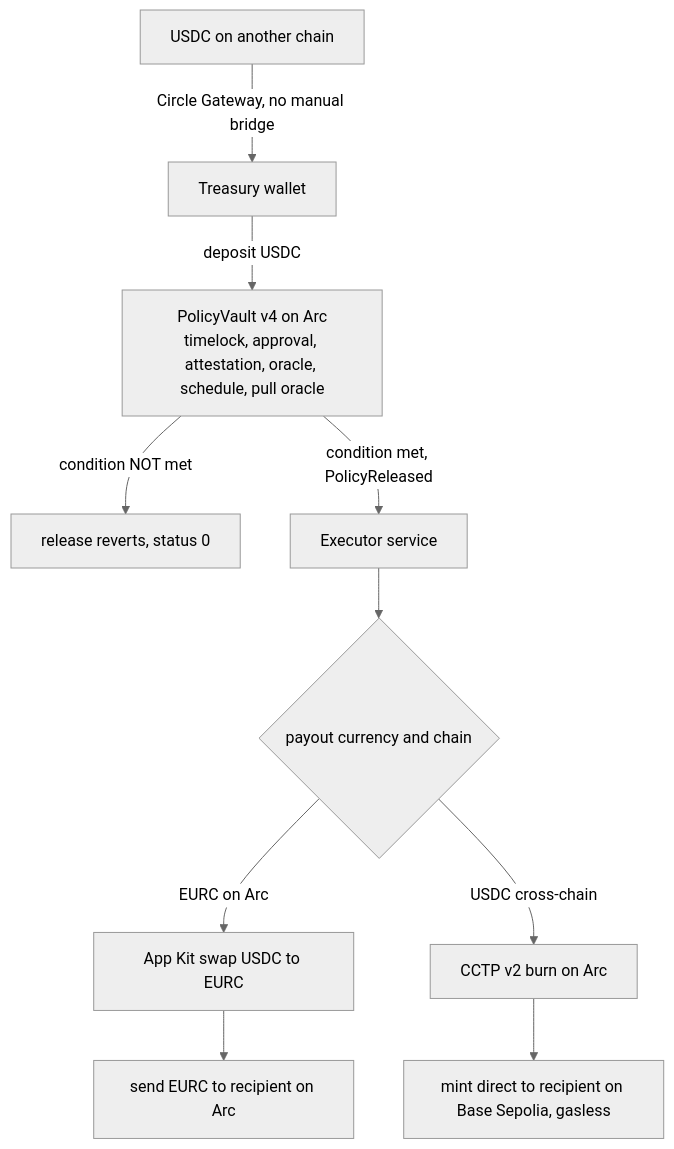
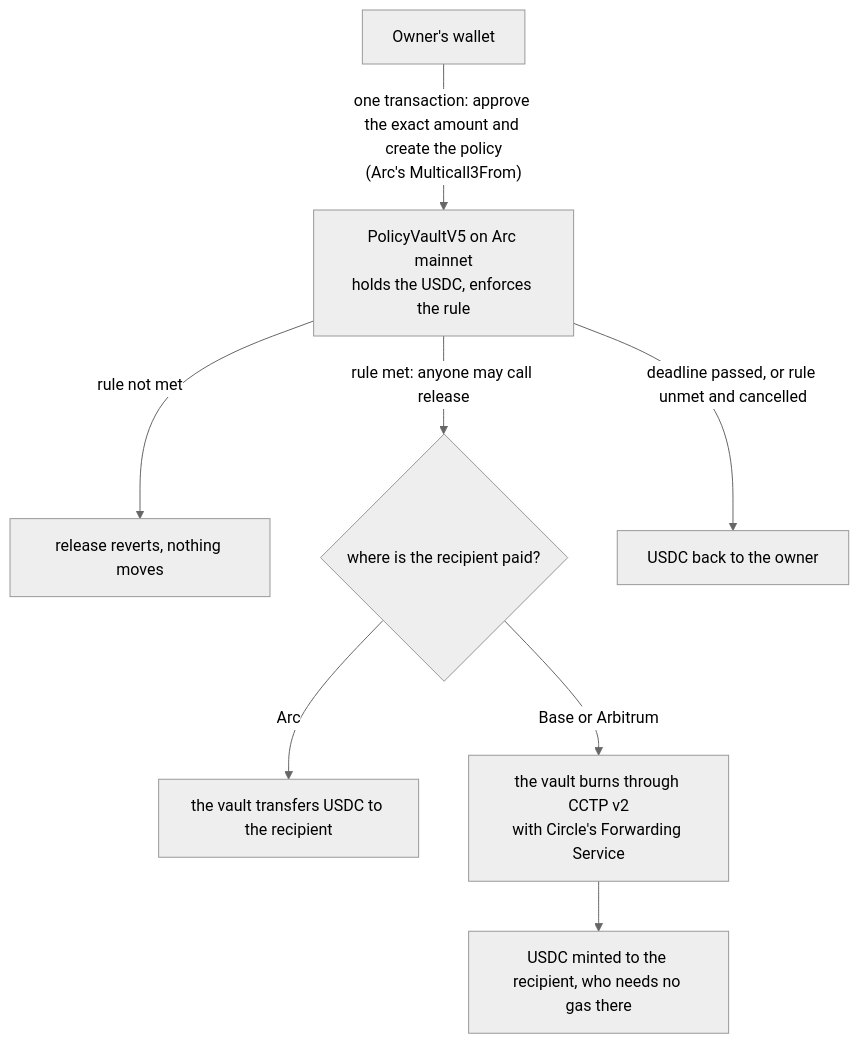
One commit to abdoulore/Covenant changed the diagram in README.md. Above: the diagram before and after it, drawn with Mermaid (neutral theme). The commit also changed other lines of this file and 2 other files, not shown here.

First line of the commit message:
README: lead with mainnet; testnet becomes a labelled history

````diff
--- a/README.md
+++ b/README.md
@@ -15,13 +36,10 @@
 ```mermaid
 flowchart TB
-    G[USDC on another chain] -->|Circle Gateway, no manual bridge| T[Treasury wallet]
-    T -->|deposit USDC| V["PolicyVault v4 on Arc<br/>timelock, approval, attestation, oracle, schedule, pull oracle"]
-    V -->|condition NOT met| X[release reverts, status 0]
-    V -->|condition met, PolicyReleased| E[Executor service]
-
-    E --> A{payout currency and chain}
-    A -->|EURC on Arc| S[App Kit swap USDC to EURC]
-    S --> PA[send EURC to recipient on Arc]
-    A -->|USDC cross-chain| C[CCTP v2 burn on Arc]
-    C --> PB[mint direct to recipient on Base Sepolia, gasless]
+    O[Owner's wallet] -->|"one transaction: approve the exact amount and create the policy<br/>(Arc's Multicall3From)"| V["PolicyVaultV5 on Arc mainnet<br/>holds the USDC, enforces the rule"]
+    V -->|rule not met| X[release reverts, nothing moves]
+    V -->|rule met: anyone may call release| P{where is the recipient paid?}
+    P -->|Arc| A[the vault transfers USDC to the recipient]
+    P -->|Base or Arbitrum| C["the vault burns through CCTP v2<br/>with Circle's Forwarding Service"]
+    C --> M[USDC minted to the recipient, who needs no gas there]
+    V -->|deadline passed, or rule unmet and cancelled| R[USDC back to the owner]
 ```
````
